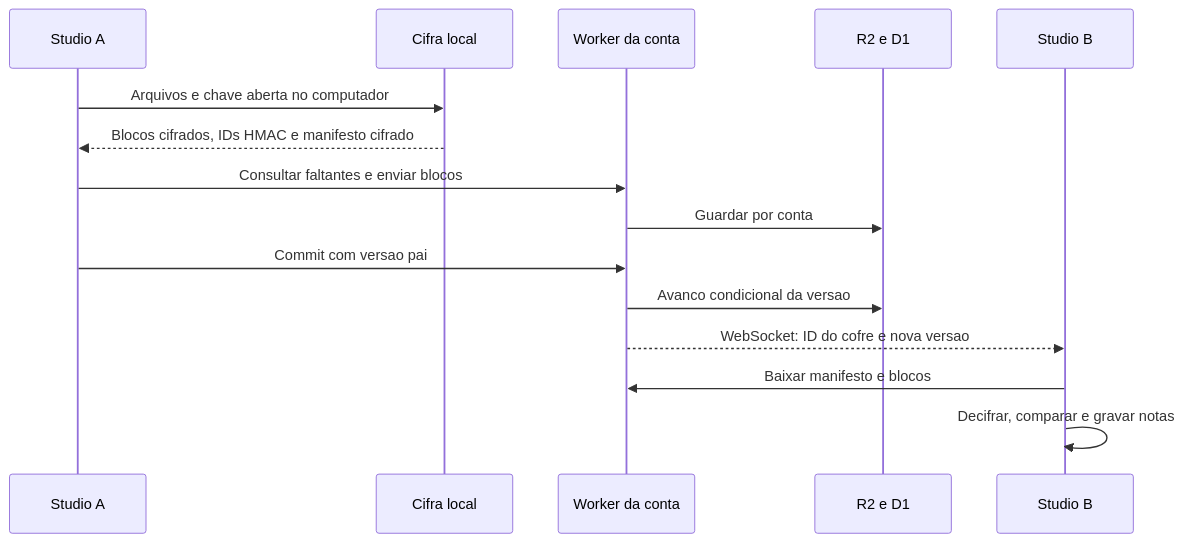
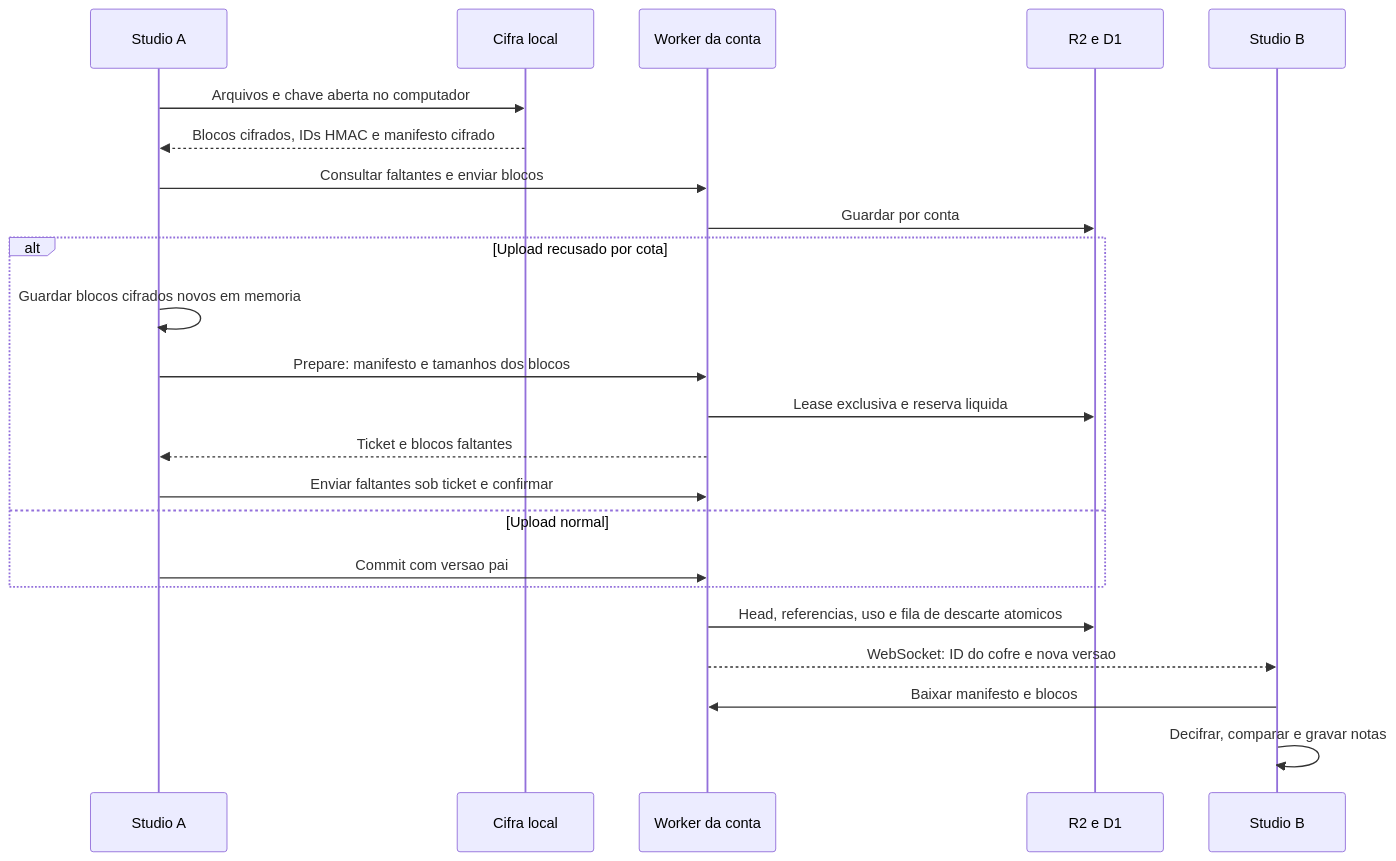
One commit to gabriellsalesx/blup changed the third of 7 diagrams in docs/arquitetura.md. Above: the diagram before and after it, drawn with Mermaid. The commit also changed other lines of this file and 19 other files, not shown here.

````diff
--- a/docs/arquitetura.md
+++ b/docs/arquitetura.md
@@ -97,17 +99,25 @@
 ```mermaid
 sequenceDiagram
   participant S as Studio A
   participant K as Cifra local
   participant W as Worker da conta
   participant R as R2 e D1
   participant B as Studio B
   S->>K: Arquivos e chave aberta no computador
   K-->>S: Blocos cifrados, IDs HMAC e manifesto cifrado
   S->>W: Consultar faltantes e enviar blocos
   W->>R: Guardar por conta
-  S->>W: Commit com versao pai
-  W->>R: Avanco condicional da versao
+  alt Upload recusado por cota
+    S->>S: Guardar blocos cifrados novos em memoria
+    S->>W: Prepare: manifesto e tamanhos dos blocos
+    W->>R: Lease exclusiva e reserva liquida
+    W-->>S: Ticket e blocos faltantes
+    S->>W: Enviar faltantes sob ticket e confirmar
+  else Upload normal
+    S->>W: Commit com versao pai
+  end
+  W->>R: Head, referencias, uso e fila de descarte atomicos
   W-->>B: WebSocket: ID do cofre e nova versao
   B->>W: Baixar manifesto e blocos
   B->>B: Decifrar, comparar e gravar notas
 ```
````
